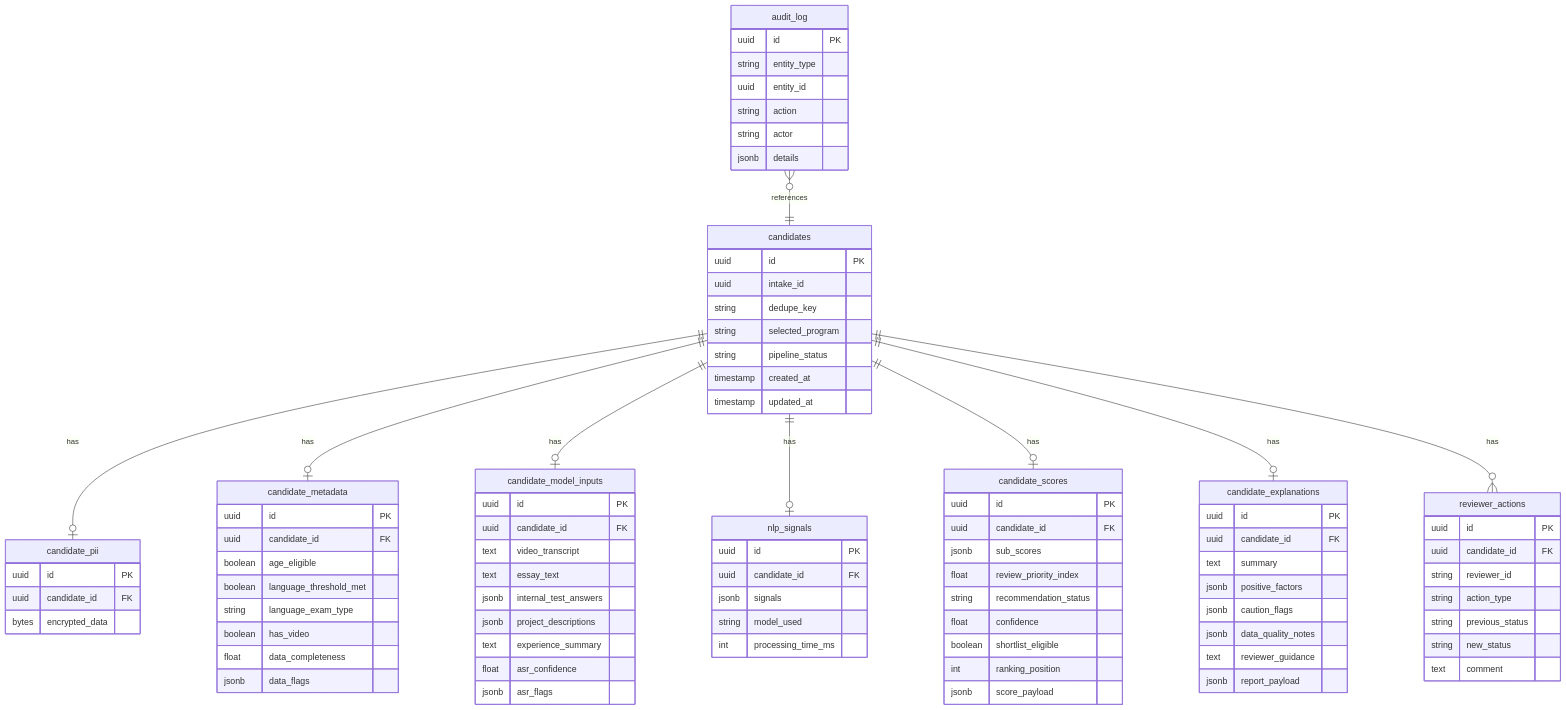
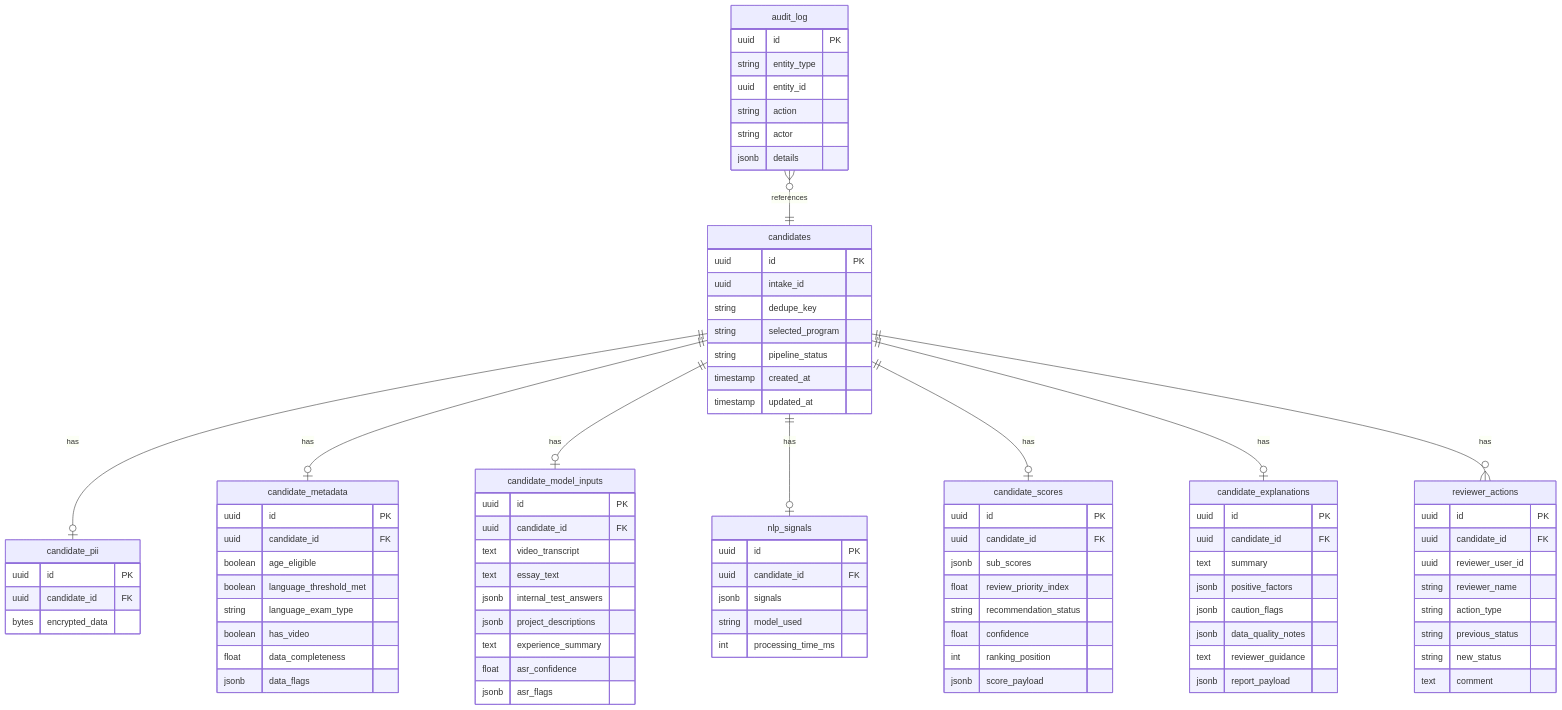
One commit to alenisaw/invision_u_Vi-Ka changed the third of 3 diagrams in docs/rus/ARCHITECTURE.md. Above: the diagram before and after it, drawn with Mermaid. The commit also changed other lines of this file and 54 other files, not shown here.

```diff
--- a/docs/rus/ARCHITECTURE.md
+++ b/docs/rus/ARCHITECTURE.md
@@ -309,7 +309,6 @@
         float review_priority_index
         string recommendation_status
         float confidence
-        boolean shortlist_eligible
         int ranking_position
         jsonb score_payload
     }
@@ -328,7 +327,8 @@
     reviewer_actions {
         uuid id PK
         uuid candidate_id FK
-        string reviewer_id
+        uuid reviewer_user_id
+        string reviewer_name
         string action_type
         string previous_status
         string new_status
```
